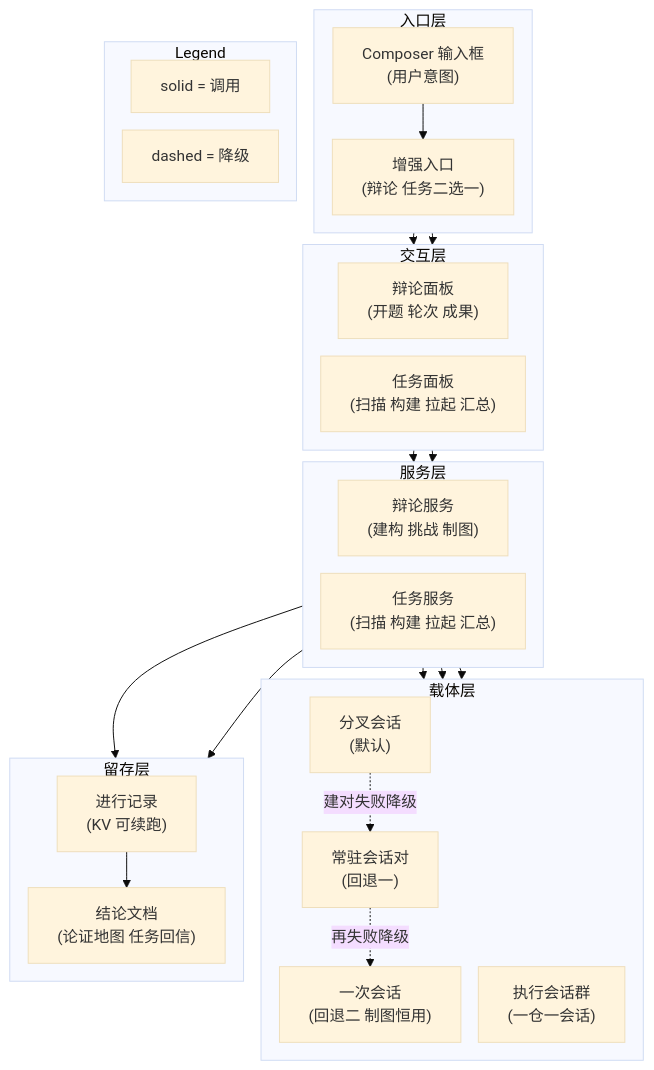
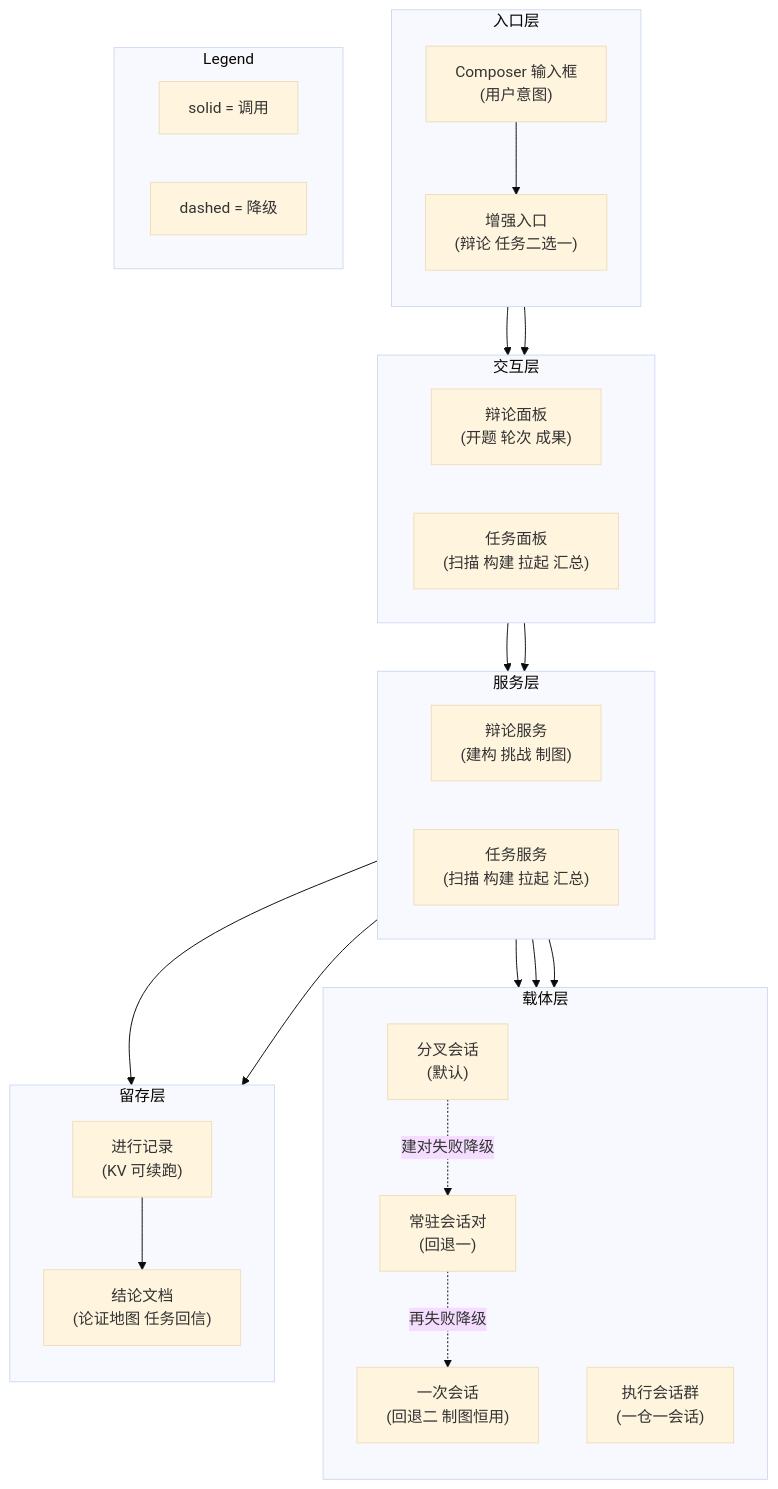
One commit to doubleelec/dsh-debate changed the second of 4 diagrams in docs/architecture.md. Above: the diagram before and after it, drawn with Mermaid (base theme).

Commit message:
docs: drop per-chart spacing override from decomposition diagram
- Init line removed in UI; default rankSpacing applies again

````diff
--- a/docs/architecture.md
+++ b/docs/architecture.md
@@ -86,51 +86,50 @@
 ```mermaid
-%%{init: {"flowchart": {"rankSpacing": 12, "nodeSpacing": 18}}}%%
 flowchart TD
     subgraph Entry["入口层"]
         direction TB
         composer["Composer 输入框<br/>(用户意图)"]
         menu["增强入口<br/>(辩论 任务二选一)"]
         composer --> menu
     end
     subgraph Face["交互层"]
         direction LR
         debateUI["辩论面板<br/>(开题 轮次 成果)"]
         taskUI["任务面板<br/>(扫描 构建 拉起 汇总)"]
     end
     subgraph Service["服务层"]
         direction LR
         debateSvc["辩论服务<br/>(建构 挑战 制图)"]
         taskSvc["任务服务<br/>(扫描 构建 拉起 汇总)"]
     end
     subgraph Carry["载体层"]
         direction TB
         fork["分叉会话<br/>(默认)"]
         resident["常驻会话对<br/>(回退一)"]
         oneshot["一次会话<br/>(回退二 制图恒用)"]
         taskGroup["执行会话群<br/>(一仓一会话)"]
     end
     subgraph Keep["留存层"]
         direction TB
         kv["进行记录<br/>(KV 可续跑)"]
         docs["结论文档<br/>(论证地图 任务回信)"]
         kv --> docs
     end
 
     menu --> debateUI
     menu --> taskUI
     debateUI --> debateSvc
     taskUI --> taskSvc
     debateSvc --> fork
     fork -.->|建对失败降级| resident
     resident -.->|再失败降级| oneshot
     debateSvc --> oneshot
     taskSvc --> taskGroup
     debateSvc --> kv
     taskSvc --> kv
 
     subgraph Legend["Legend"]
         direction LR
         L1["solid = 调用"]
         L2["dashed = 降级"]
     end
 ```
````
